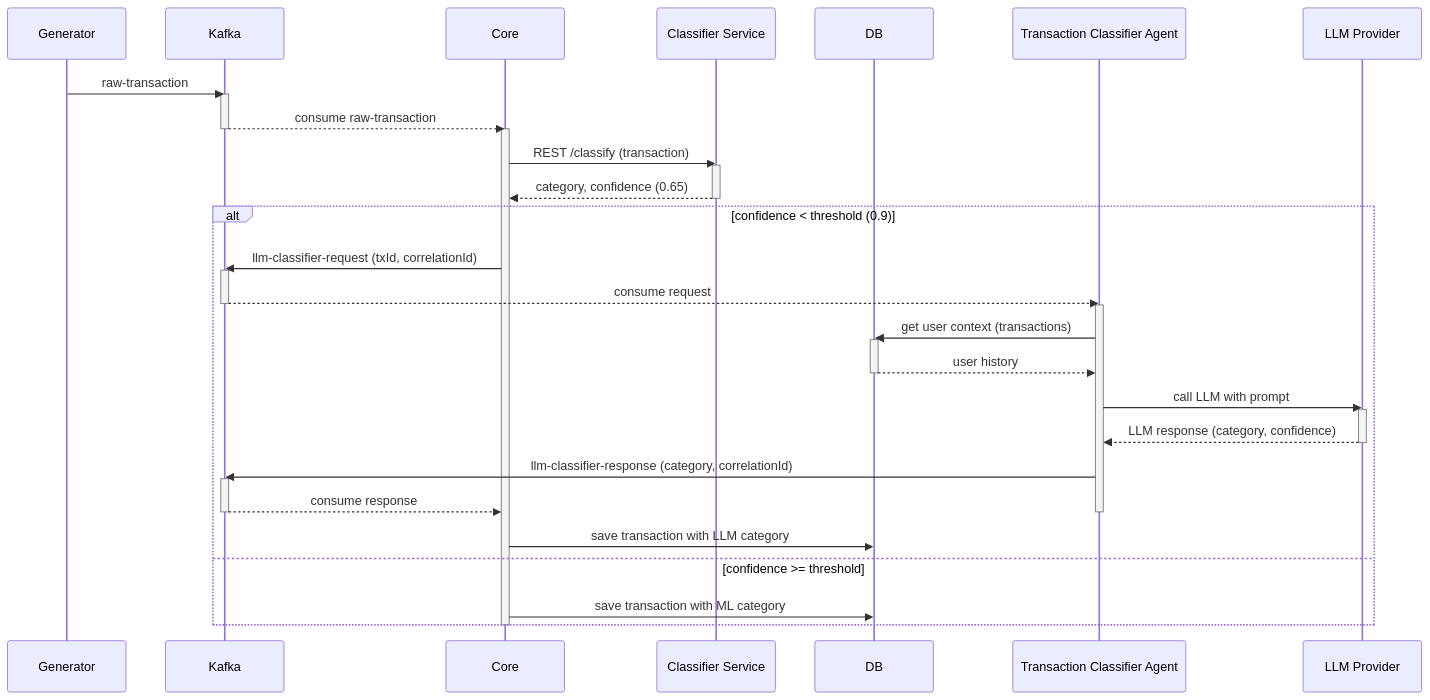
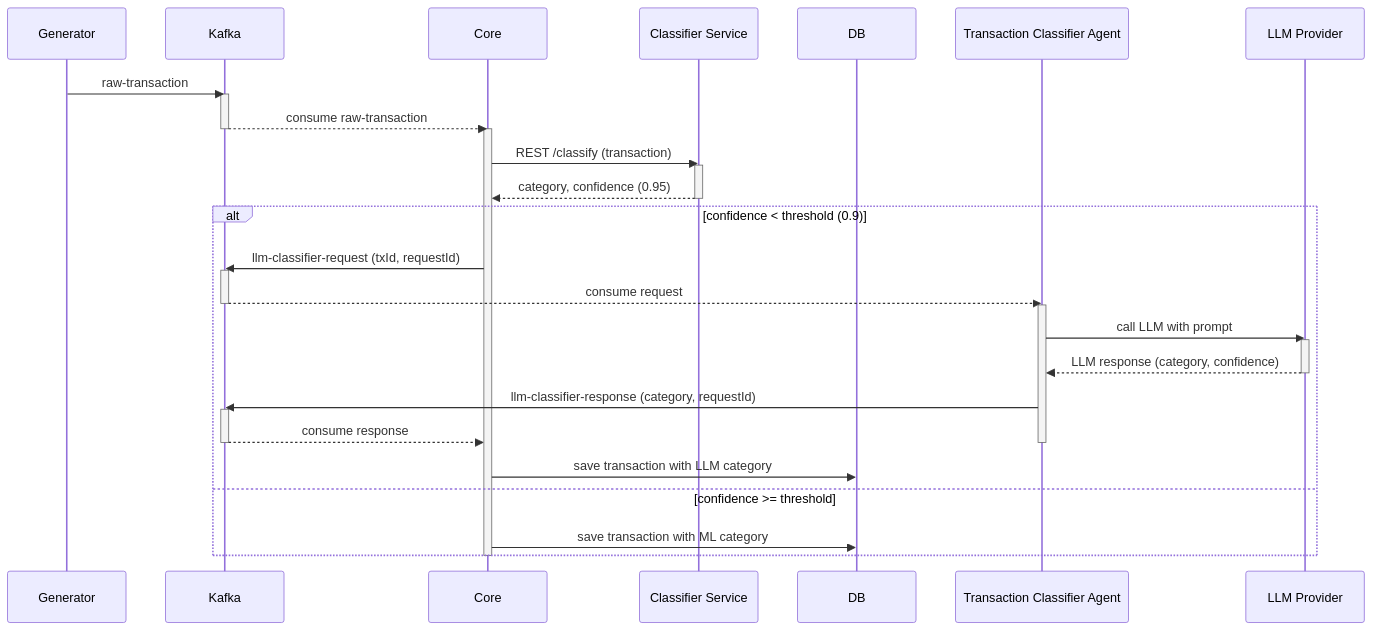
Before and after one commit to irunazushan/finSense: the fourth of 7 diagrams in docs/architecture_diagrams.md, drawn with Mermaid. The commit also changed other lines of this file and 3 other files, not shown here.

````diff
--- a/docs/architecture_diagrams.md
+++ b/docs/architecture_diagrams.md
@@ -132,48 +132,45 @@
 ```mermaid
 sequenceDiagram
     participant Generator
     participant Kafka
     participant Core
     participant Classifier as Classifier Service
     participant DB
     participant Reasoning as Transaction Classifier Agent
     participant LLM as LLM Provider
 
     Generator->>Kafka: raw-transaction
     activate Kafka
     Kafka-->>Core: consume raw-transaction
     deactivate Kafka
 
     activate Core
     Core->>Classifier: REST /classify (transaction)
     activate Classifier
-    Classifier-->>Core: category, confidence (0.65)
+    Classifier-->>Core: category, confidence (0.95)
     deactivate Classifier
 
     alt confidence < threshold (0.9)
-        Core->>Kafka: llm-classifier-request (txId, correlationId)
+        Core->>Kafka: llm-classifier-request (txId, requestId)
         activate Kafka
         Kafka-->>Reasoning: consume request
         deactivate Kafka
         
         activate Reasoning
-        Reasoning->>DB: get user context (transactions)
-        activate DB
-        DB-->>Reasoning: user history
-        deactivate DB
+       
         Reasoning->>LLM: call LLM with prompt
         activate LLM
         LLM-->>Reasoning: LLM response (category, confidence)
         deactivate LLM
-        Reasoning->>Kafka: llm-classifier-response (category, correlationId)
+        Reasoning->>Kafka: llm-classifier-response (category, requestId)
         activate Kafka
         Kafka-->>Core: consume response
         deactivate Kafka
         deactivate Reasoning
         
         Core->>DB: save transaction with LLM category
     else confidence >= threshold
         Core->>DB: save transaction with ML category
     end
     deactivate Core
 ```
````
